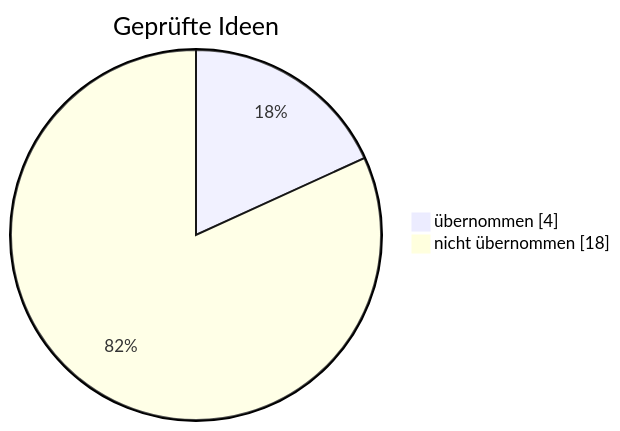
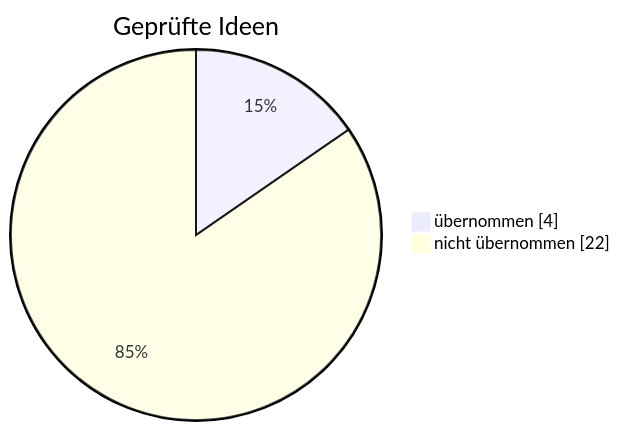
Before and after one commit to sickingmalte-arch/Test-Bot: the diagram in gehirn/Notizen/Was der Bot schon weiß.md, drawn with Mermaid. The commit also changed other lines of this file and 3 other files, not shown here.

````diff
--- a/gehirn/Notizen/Was der Bot schon weiß.md
+++ b/gehirn/Notizen/Was der Bot schon weiß.md
@@ -19,6 +19,6 @@
 ```mermaid
 pie showData
     title Geprüfte Ideen
     "übernommen" : 4
-    "nicht übernommen" : 18
+    "nicht übernommen" : 22
 ```
````
